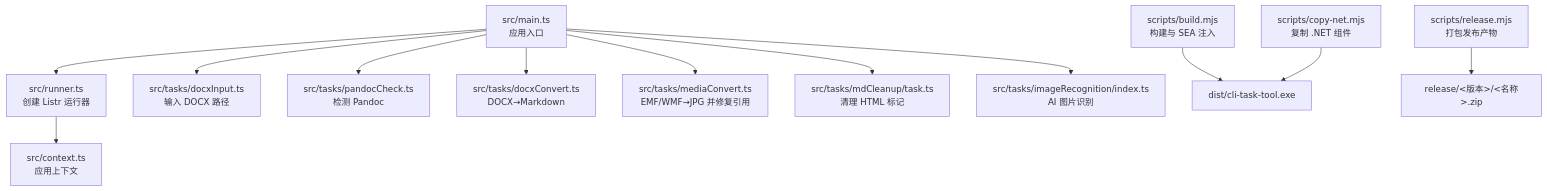
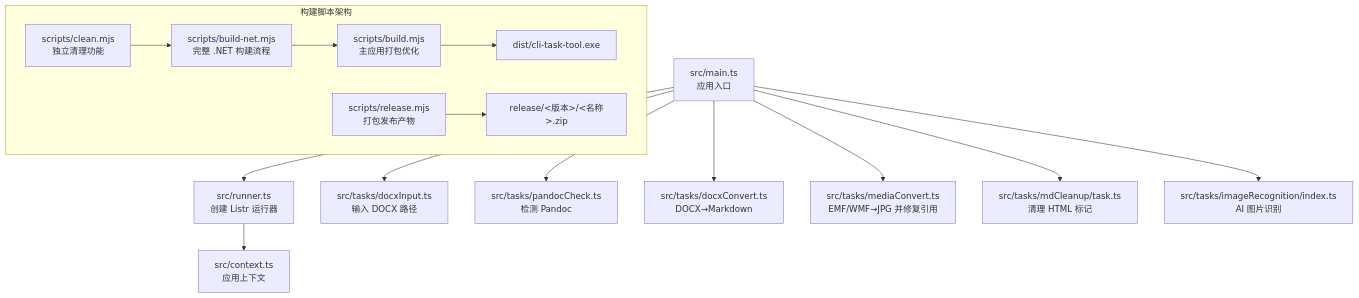
Before and after one commit to hllshiro/doc2md-cli: the first of 3 diagrams in .qoder/repowiki/zh/content/开发者指南.md, drawn with Mermaid. The commit also changed other lines of this file and 3 other files, not shown here.

````diff
--- a/.qoder/repowiki/zh/content/开发者指南.md
+++ b/.qoder/repowiki/zh/content/开发者指南.md
@@ -51,14 +52,17 @@
 ```mermaid
 graph TB
 A["src/main.ts<br/>应用入口"] --> B["src/runner.ts<br/>创建 Listr 运行器"]
 B --> C["src/context.ts<br/>应用上下文"]
 A --> T1["src/tasks/docxInput.ts<br/>输入 DOCX 路径"]
 A --> T2["src/tasks/pandocCheck.ts<br/>检测 Pandoc"]
 A --> T3["src/tasks/docxConvert.ts<br/>DOCX→Markdown"]
 A --> T4["src/tasks/mediaConvert.ts<br/>EMF/WMF→JPG 并修复引用"]
 A --> T5["src/tasks/mdCleanup/task.ts<br/>清理 HTML 标记"]
 A --> T6["src/tasks/imageRecognition/index.ts<br/>AI 图片识别"]
-S1["scripts/build.mjs<br/>构建与 SEA 注入"] --> E["dist/cli-task-tool.exe"]
-S2["scripts/copy-net.mjs<br/>复制 .NET 组件"] --> E
-S3["scripts/release.mjs<br/>打包发布产物"] --> R["release/<版本>/<名称>.zip"]
+subgraph "构建脚本架构"
+S1["scripts/clean.mjs<br/>独立清理功能"] --> S2["scripts/build-net.mjs<br/>完整 .NET 构建流程"]
+S2 --> S3["scripts/build.mjs<br/>主应用打包优化"]
+S3 --> E["dist/cli-task-tool.exe"]
+S4["scripts/release.mjs<br/>打包发布产物"] --> R["release/<版本>/<名称>.zip"]
+end
 ```
````
